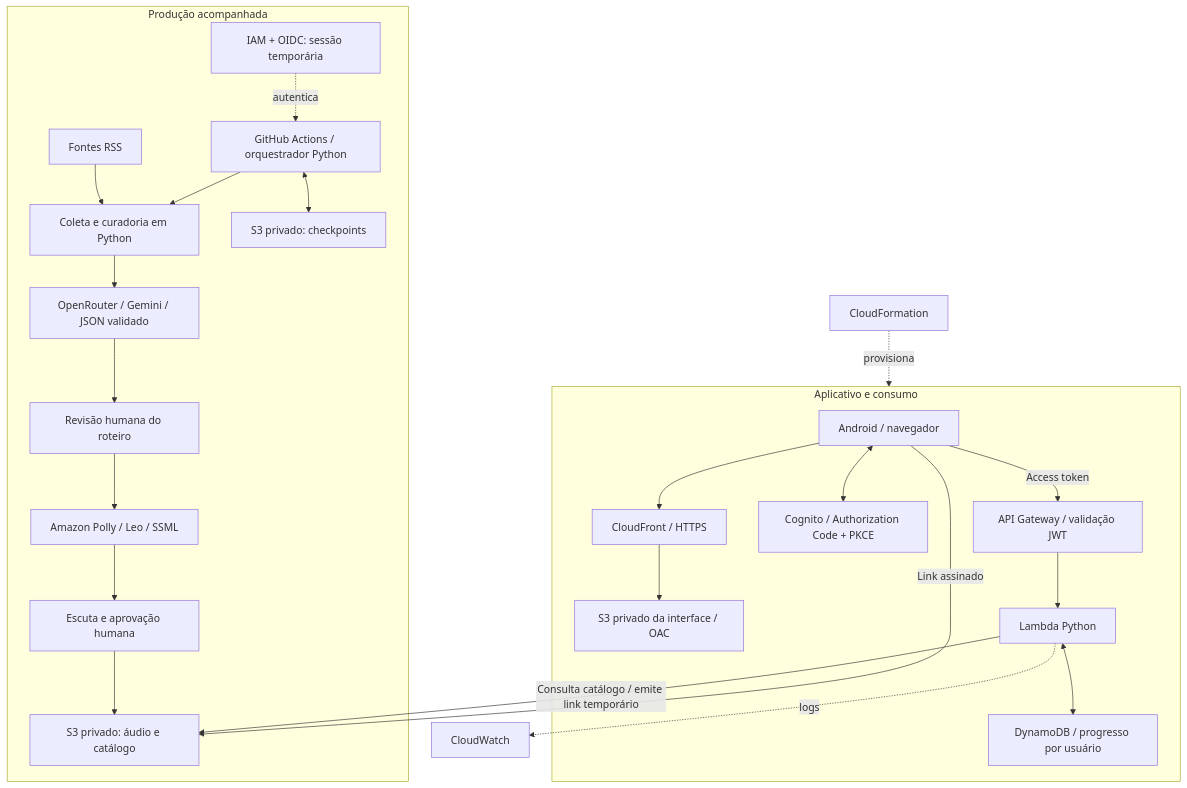
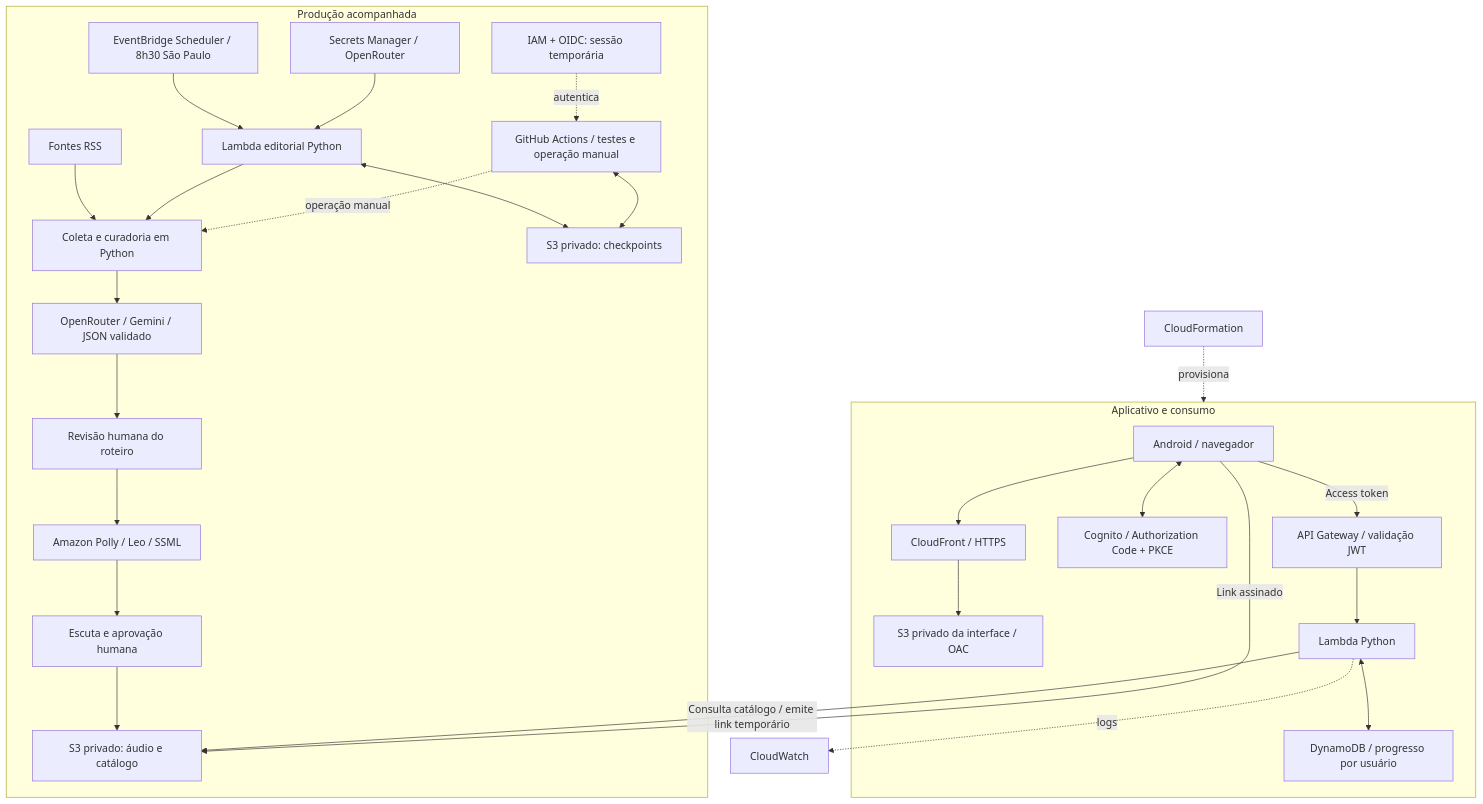
One commit to jjsjunior3/radar-ia changed the diagram in README.md. Above: the diagram before and after it, drawn with Mermaid. The commit also changed other lines of this file and 20 other files, not shown here.

Commit message:
feat: preparar rotina editorial pelo EventBridge Scheduler

````diff
--- a/README.md
+++ b/README.md
@@ -37,27 +37,32 @@
 ```mermaid
 flowchart TB
     subgraph PROD[Produção acompanhada]
-        GH[GitHub Actions / orquestrador Python]
+        SCHED[EventBridge Scheduler / 8h30 São Paulo]
+        EDIT[Lambda editorial Python]
+        GH[GitHub Actions / testes e operação manual]
         RSS[Fontes RSS] --> COLETA[Coleta e curadoria em Python]
-        GH --> COLETA
+        SCHED --> EDIT --> COLETA
+        GH -. operação manual .-> COLETA
         COLETA --> LLM[OpenRouter / Gemini / JSON validado]
         LLM --> R1[Revisão humana do roteiro]
         R1 --> POLLY[Amazon Polly / Leo / SSML]
         POLLY --> R2[Escuta e aprovação humana]
         R2 --> AUDIO[S3 privado: áudio e catálogo]
-        GH <--> STATE[S3 privado: checkpoints]
+        EDIT <--> STATE[S3 privado: checkpoints]
+        SECRET[Secrets Manager / OpenRouter] --> EDIT
+        GH <--> STATE
         OIDC[IAM + OIDC: sessão temporária] -. autentica .-> GH
     end
     subgraph APP[Aplicativo e consumo]
         CLIENT[Android / navegador] --> CDN[CloudFront / HTTPS]
         CDN --> WEB[S3 privado da interface / OAC]
         CLIENT <--> COG[Cognito / Authorization Code + PKCE]
         CLIENT -->|Access token| API[API Gateway / validação JWT]
         API --> FN[Lambda Python]
         FN <--> DDB[DynamoDB / progresso por usuário]
         FN -->|Consulta catálogo / emite link temporário| AUDIO
         CLIENT -->|Link assinado| AUDIO
     end
     CFN[CloudFormation] -. provisiona .-> APP
     FN -. logs .-> LOG[CloudWatch]
 ```
````
